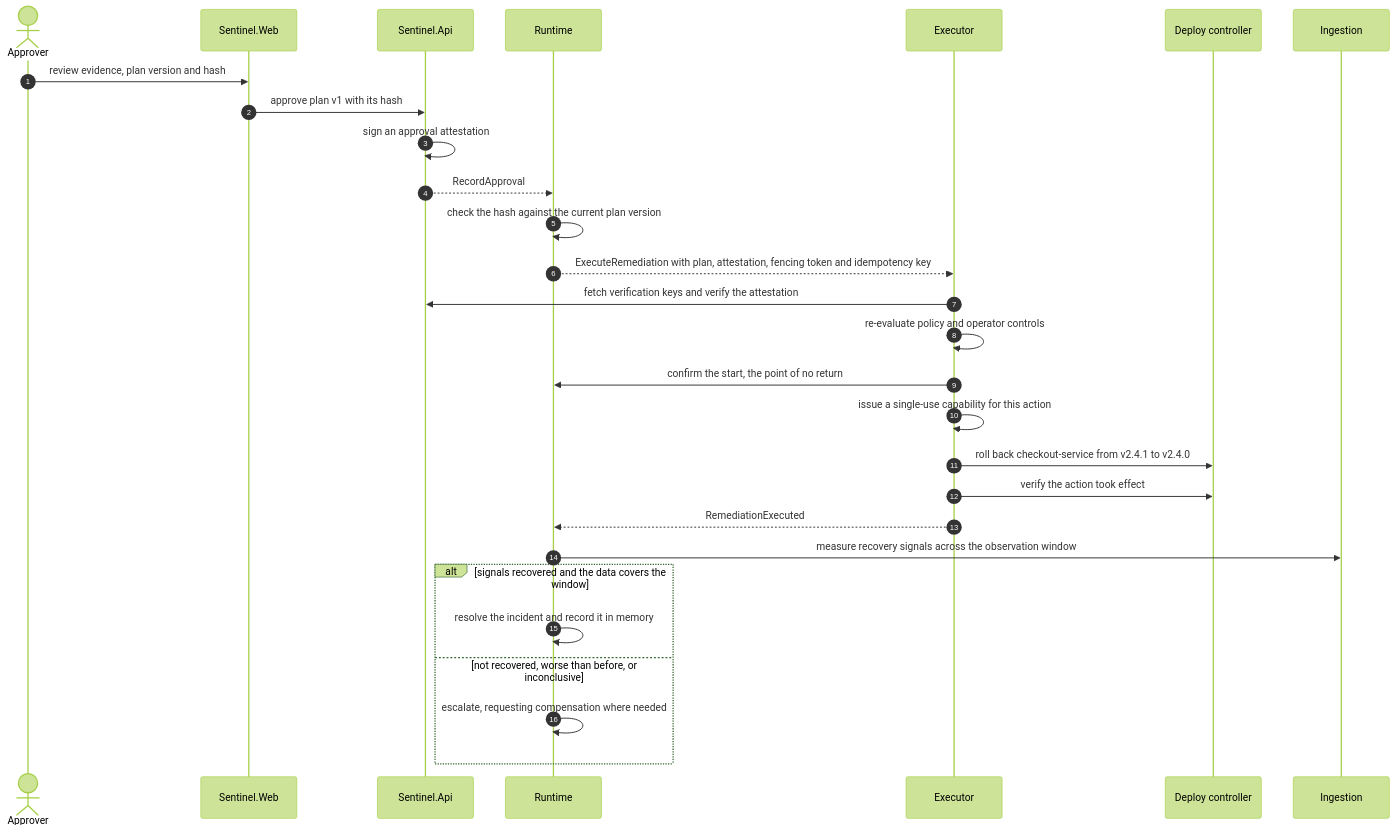
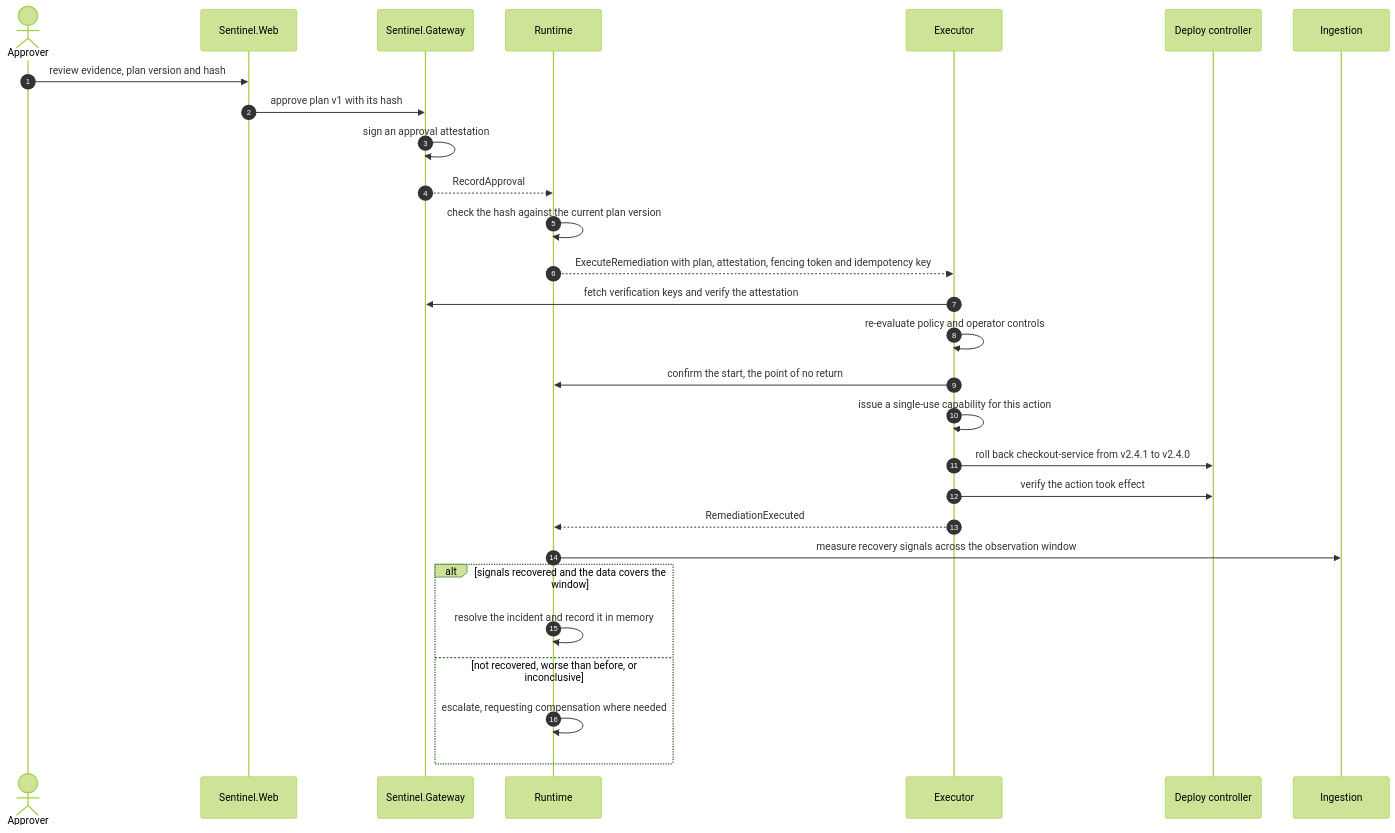
Before and after one commit to Psingle20/Sentinel: the fifth of 9 diagrams in README.md, drawn with Mermaid (forest theme). The commit also changed other lines of this file and 188 other files, not shown here.

````diff
--- a/README.md
+++ b/README.md
@@ -239,31 +239,31 @@
 ```mermaid
 sequenceDiagram
     autonumber
     actor Approver
     participant Web as Sentinel.Web
-    participant Api as Sentinel.Api
+    participant Api as Sentinel.Gateway
     participant Rt as Runtime
     participant Ex as Executor
     participant Tgt as Deploy controller
     participant Ing as Ingestion
 
     Approver->>Web: review evidence, plan version and hash
     Web->>Api: approve plan v1 with its hash
     Api->>Api: sign an approval attestation
     Api-->>Rt: RecordApproval
     Rt->>Rt: check the hash against the current plan version
     Rt-->>Ex: ExecuteRemediation with plan, attestation, fencing token and idempotency key
     Ex->>Api: fetch verification keys and verify the attestation
     Ex->>Ex: re-evaluate policy and operator controls
     Ex->>Rt: confirm the start, the point of no return
     Ex->>Ex: issue a single-use capability for this action
     Ex->>Tgt: roll back checkout-service from v2.4.1 to v2.4.0
     Ex->>Tgt: verify the action took effect
     Ex-->>Rt: RemediationExecuted
     Rt->>Ing: measure recovery signals across the observation window
     alt signals recovered and the data covers the window
         Rt->>Rt: resolve the incident and record it in memory
     else not recovered, worse than before, or inconclusive
         Rt->>Rt: escalate, requesting compensation where needed
     end
 ```
````
